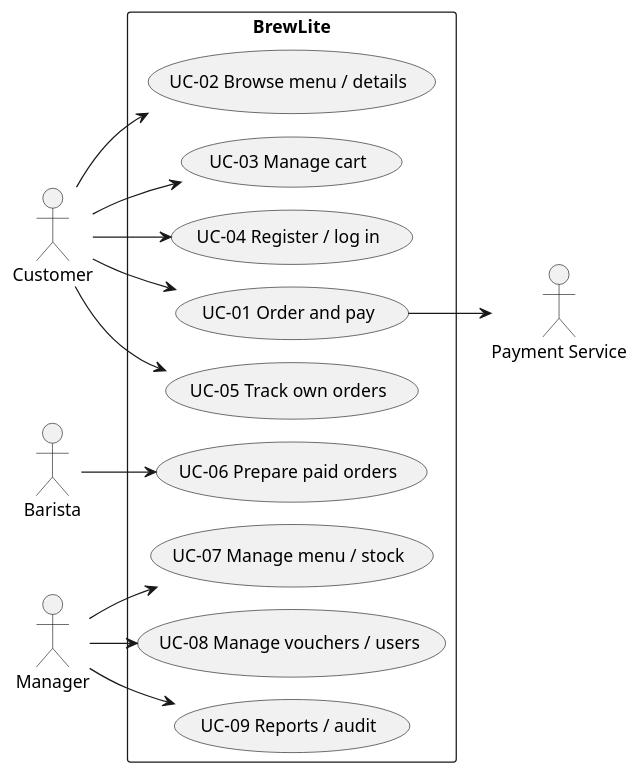
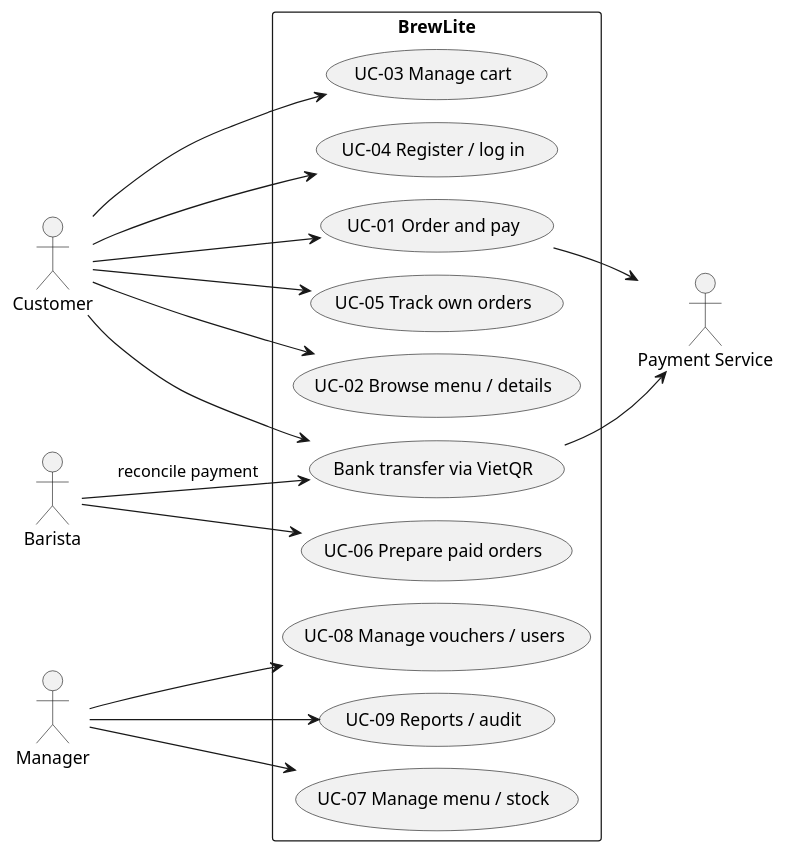
Before and after one commit to https-monstiez/BrewLite-AS2: the diagram in docs/diagrams/use-cases.puml, drawn with PlantUML. The commit also changed 37 other files, not shown here.

```diff
--- a/docs/diagrams/use-cases.puml
+++ b/docs/diagrams/use-cases.puml
@@ -1,31 +1,35 @@
 @startuml
 !pragma layout smetana
 skinparam shadowing false
 skinparam defaultFontName SansSerif
 left to right direction
 actor Customer
 actor Barista
 actor Manager
 actor "Payment Service" as PSP
 rectangle BrewLite {
  usecase "UC-02 Browse menu / details" as browse
  usecase "UC-03 Manage cart" as cart
  usecase "UC-04 Register / log in" as auth
  usecase "UC-01 Order and pay" as checkout
+ usecase "Bank transfer via VietQR" as bank
  usecase "UC-05 Track own orders" as history
  usecase "UC-06 Prepare paid orders" as queue
  usecase "UC-07 Manage menu / stock" as menu
  usecase "UC-08 Manage vouchers / users" as manage
  usecase "UC-09 Reports / audit" as report
 }
 Customer --> browse
 Customer --> cart
 Customer --> auth
 Customer --> checkout
 Customer --> history
+Customer --> bank
+bank --> PSP
+Barista --> bank : reconcile payment
 Barista --> queue
 Manager --> menu
 Manager --> manage
 Manager --> report
 checkout --> PSP
 @enduml
```
